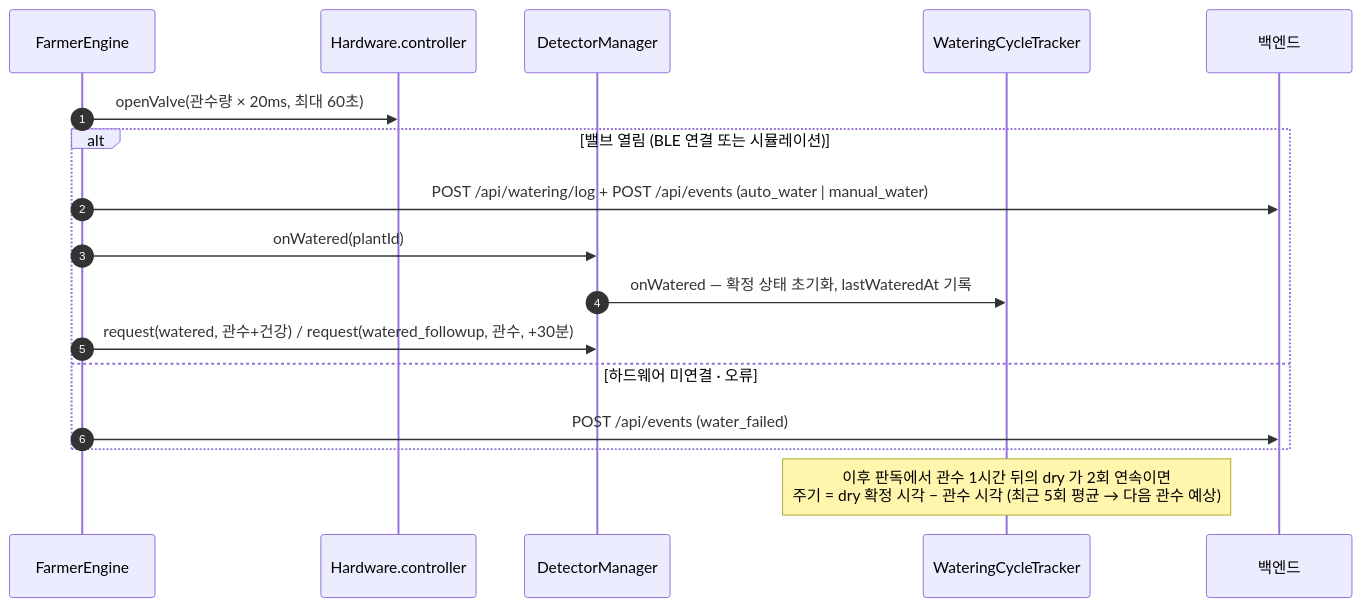
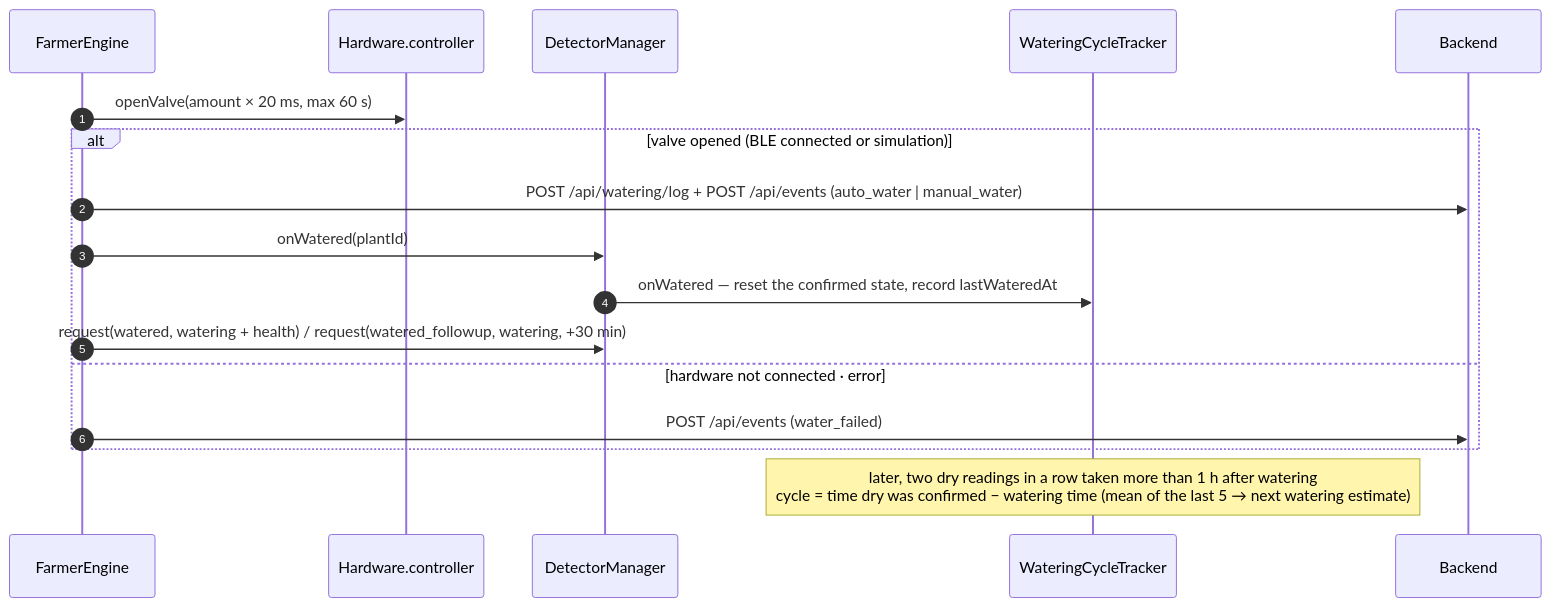
One commit to chungbrain/OOJOO-FARM changed the ninth of 16 diagrams in docs/code-graph/README.md. Above: the diagram before and after it, drawn with Mermaid. The commit also changed other lines of this file and 7 other files, not shown here.

First line of the commit message:
docs: English code graph as default, Korean in *_kor.md

````diff
--- a/docs/code-graph/README.md
+++ b/docs/code-graph/README.md
@@ -264,19 +264,19 @@
 ```mermaid
 sequenceDiagram
   autonumber
   participant E as FarmerEngine
   participant H as Hardware.controller
   participant D as DetectorManager
   participant W as WateringCycleTracker
-  participant B as 백엔드
-  E->>H: openValve(관수량 × 20ms, 최대 60초)
-  alt 밸브 열림 (BLE 연결 또는 시뮬레이션)
+  participant B as Backend
+  E->>H: openValve(amount × 20 ms, max 60 s)
+  alt valve opened (BLE connected or simulation)
     E->>B: POST /api/watering/log + POST /api/events (auto_water | manual_water)
     E->>D: onWatered(plantId)
-    D->>W: onWatered — 확정 상태 초기화, lastWateredAt 기록
-    E->>D: request(watered, 관수+건강) / request(watered_followup, 관수, +30분)
-  else 하드웨어 미연결 · 오류
+    D->>W: onWatered — reset the confirmed state, record lastWateredAt
+    E->>D: request(watered, watering + health) / request(watered_followup, watering, +30 min)
+  else hardware not connected · error
     E->>B: POST /api/events (water_failed)
   end
-  Note over W: 이후 판독에서 관수 1시간 뒤의 dry 가 2회 연속이면<br/>주기 = dry 확정 시각 − 관수 시각 (최근 5회 평균 → 다음 관수 예상)
+  Note over W: later, two dry readings in a row taken more than 1 h after watering<br/>cycle = time dry was confirmed − watering time (mean of the last 5 → next watering estimate)
 ```
````
